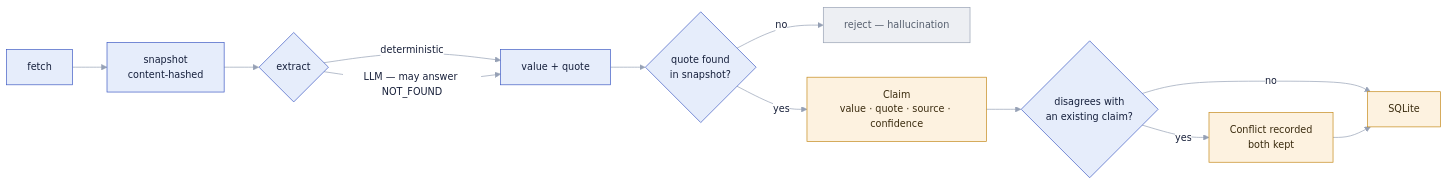
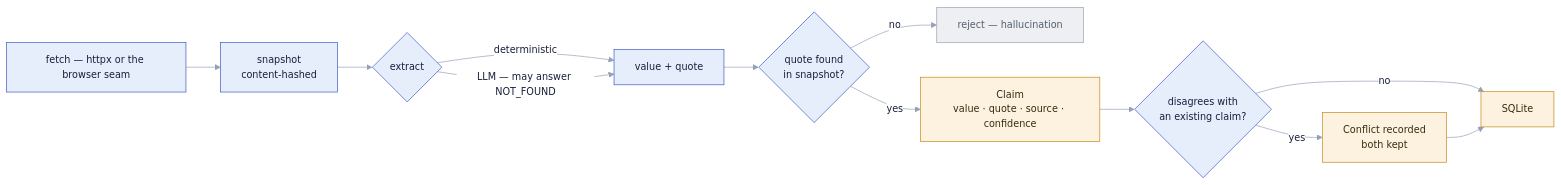
Before and after one commit to ahmedmahershaaban/supervisorly: the tenth of 12 diagrams in docs/design-atlas.md, drawn with Mermaid. The commit also changed other lines of this file and 3 other files, not shown here.

First line of the commit message:
B7: update design-atlas artifacts to the shipped reality + dashboard diagram

````diff
--- a/docs/design-atlas.md
+++ b/docs/design-atlas.md
@@ -313,22 +524,22 @@
 ```mermaid
 %%{init:{'theme':'base','themeVariables':{'fontFamily':'ui-sans-serif,system-ui,sans-serif','fontSize':'14px','primaryColor':'#e6edfb','primaryBorderColor':'#3f5bc4','primaryTextColor':'#18203a','lineColor':'#95a0b5','secondaryColor':'#eef1f6','tertiaryColor':'#f6f8fb','edgeLabelBackground':'#ffffff'}}}%%
 flowchart LR
-  F["fetch"] --> SNAP["snapshot<br/>content-hashed"]
+  F["fetch — httpx or the browser seam"] --> SNAP["snapshot<br/>content-hashed"]
   SNAP --> EX{"extract"}
   EX -->|"deterministic"| VAL["value + quote"]
   EX -->|"LLM — may answer NOT_FOUND"| VAL
   VAL --> VER{"quote found<br/>in snapshot?"}
   VER -->|"no"| REJ["reject — hallucination"]
   VER -->|"yes"| CL["Claim<br/>value · quote · source · confidence"]
   CL --> CF{"disagrees with<br/>an existing claim?"}
   CF -->|"yes"| CONFL["Conflict recorded<br/>both kept"]
   CF -->|"no"| STORE["SQLite"]
   CONFL --> STORE
 
   classDef tool fill:#e6edfb,stroke:#3f5bc4,color:#16203c;
   classDef store fill:#fdf2e0,stroke:#c58a1a,color:#3a2b0e;
   classDef skip fill:#edeff3,stroke:#98a2b4,color:#565f6e;
   class F,SNAP,EX,VAL,VER,CF tool
   class CL,STORE,CONFL store
   class REJ skip
 ```
````
